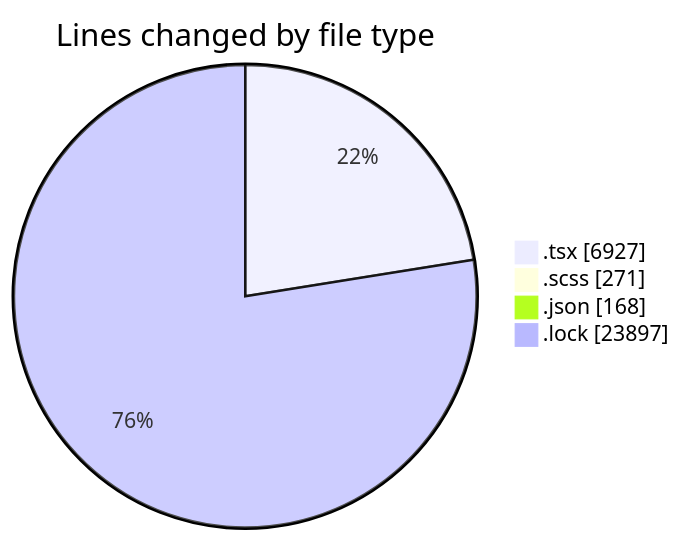
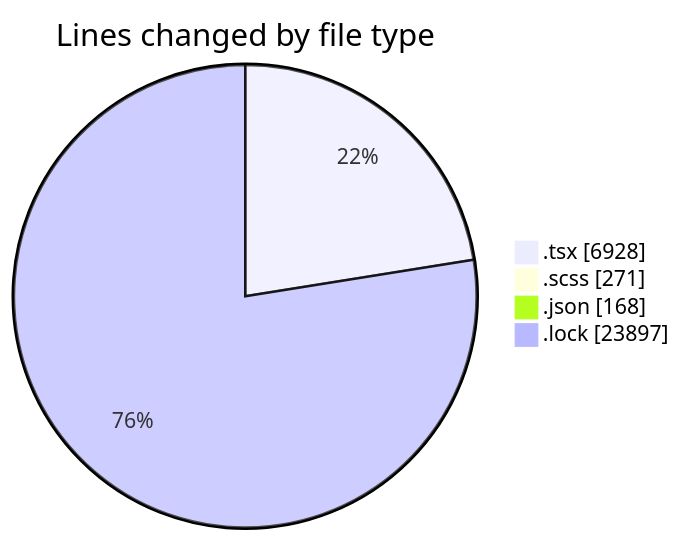
One commit to momahboobian/code-tracking changed the first of 2 diagrams in 2025-11-18/cda/README.md. Above: the diagram before and after it, drawn with Mermaid. The commit also changed other lines of this file and 1 other file, not shown here.

````diff
--- a/2025-11-18/cda/README.md
+++ b/2025-11-18/cda/README.md
@@ -34,8 +34,8 @@
 ```mermaid
 pie showData
 title Lines changed by file type
-".tsx" : 6927
+".tsx" : 6928
 ".scss" : 271
 ".json" : 168
 ".lock" : 23897
 ```
````
